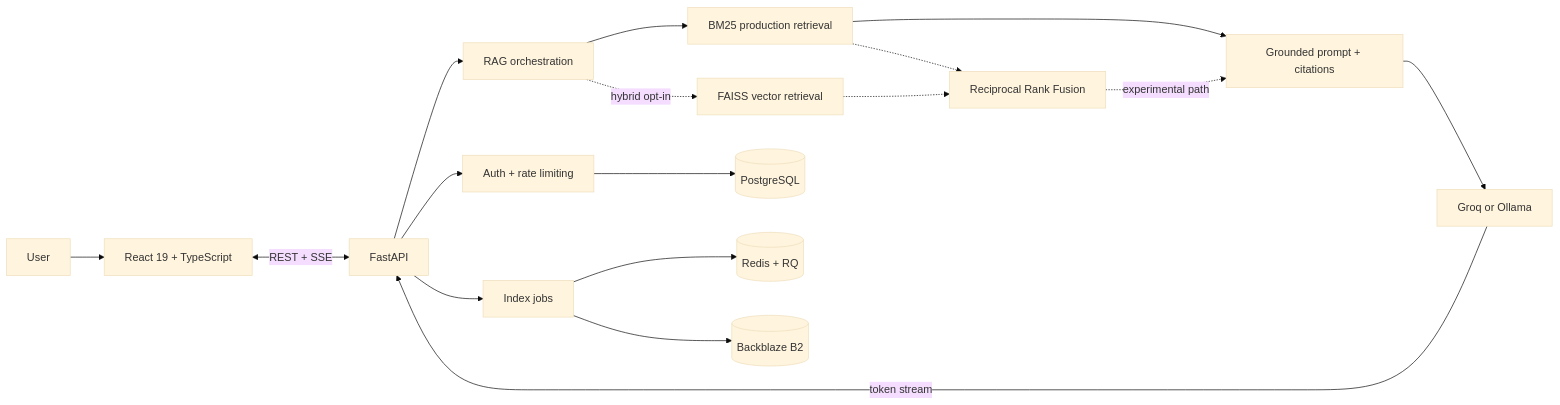
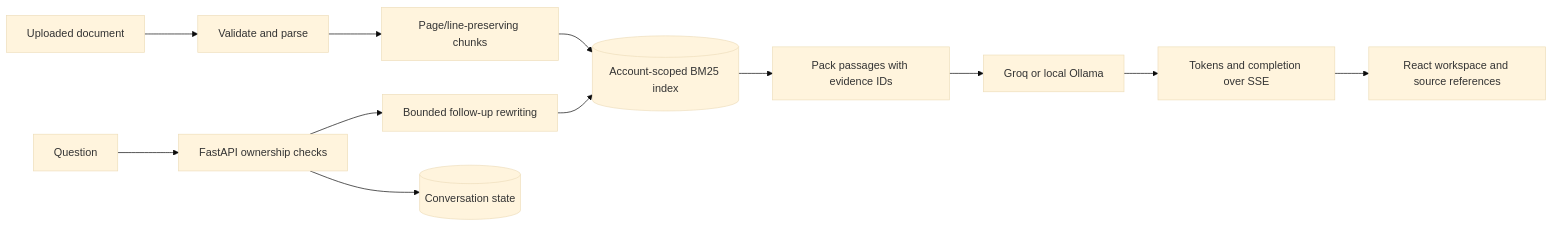
The diagram in README.md (Thazg/NovaRAGChatBot), drawn with Mermaid (base theme) before and after one commit. The commit also changed other lines of this file and 7 other files, not shown here.

Commit message:
docs: focus README on RAG evidence and reproducibility

````diff
--- a/README.md
+++ b/README.md
@@ -70,22 +67,14 @@
 ```mermaid
 flowchart LR
-    U[User] --> UI[React 19 + TypeScript]
-    UI <-->|REST + SSE| API[FastAPI]
-
-    API --> AUTH[Auth + rate limiting]
-    API --> RAG[RAG orchestration]
-    API --> JOBS[Index jobs]
-
-    RAG --> BM25[BM25 production retrieval]
-    BM25 --> PROMPT[Grounded prompt + citations]
-    RAG -. hybrid opt-in .-> FAISS[FAISS vector retrieval]
-    BM25 -.-> RRF[Reciprocal Rank Fusion]
-    FAISS -.-> RRF
-    RRF -. experimental path .-> PROMPT
-    PROMPT --> LLM[Groq or Ollama]
-    LLM -->|token stream| API
-
-    AUTH --> PG[(PostgreSQL)]
-    JOBS --> REDIS[(Redis + RQ)]
-    JOBS --> B2[(Backblaze B2)]
+    PDF[Uploaded document] --> V[Validate and parse]
+    V --> C[Page/line-preserving chunks]
+    C --> I[(Account-scoped BM25 index)]
+    Q[Question] --> API[FastAPI ownership checks]
+    API --> R[Bounded follow-up rewriting]
+    R --> I
+    I --> P[Pack passages with evidence IDs]
+    P --> L[Groq or local Ollama]
+    L --> S[Tokens and completion over SSE]
+    S --> UI[React workspace and source references]
+    API --> D[(Conversation state)]
 ```
````
